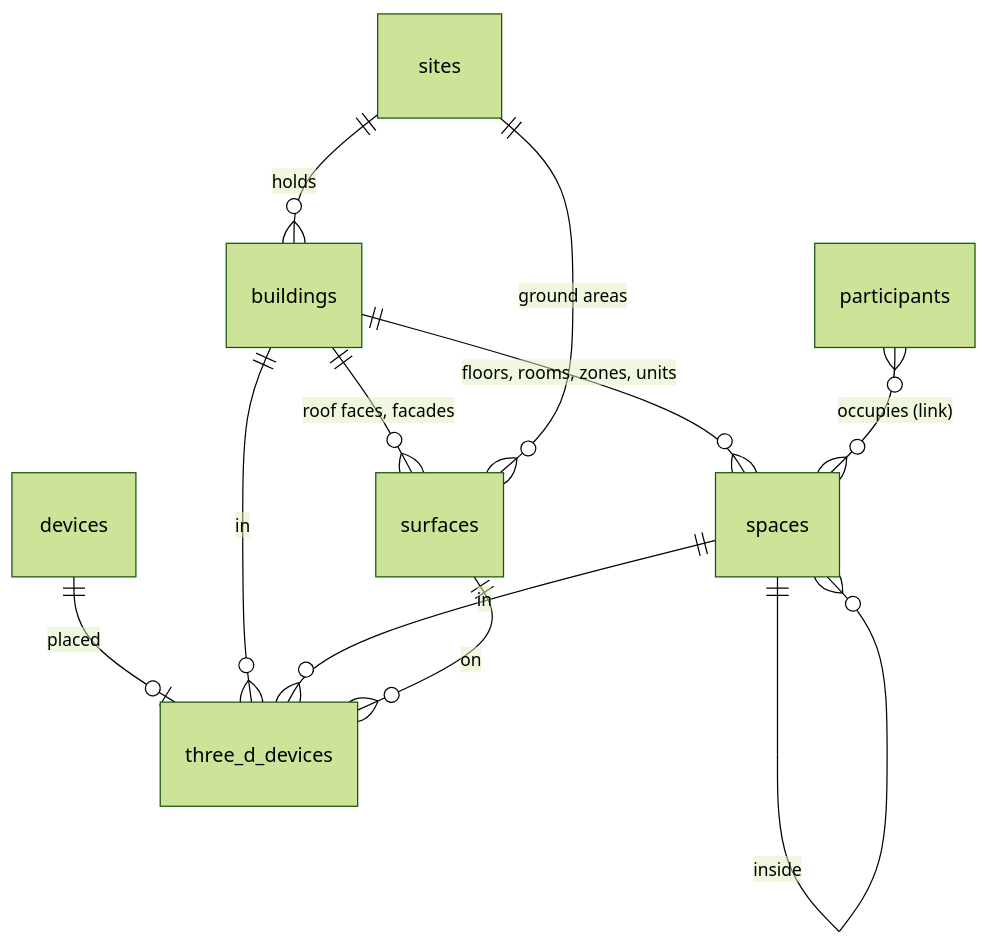
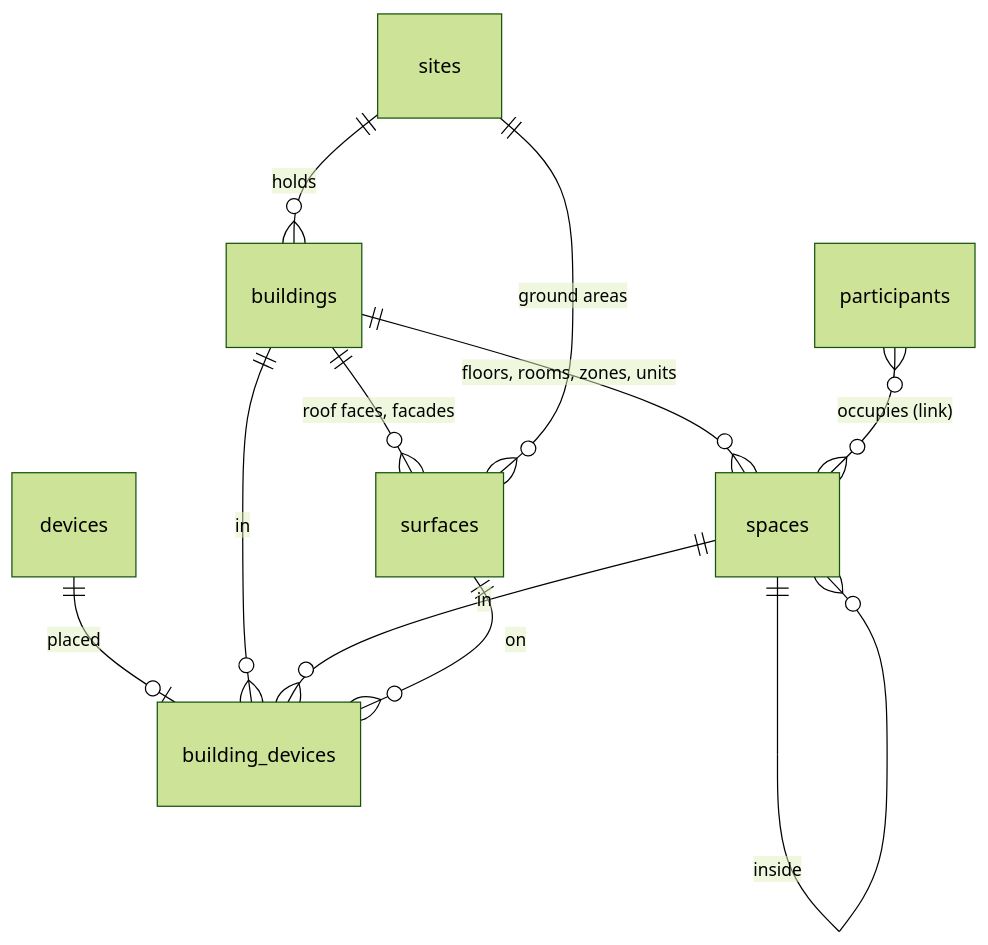
Before and after one commit to nexgen-os/nexgen-os: the second of 2 diagrams in docs/model.md, drawn with Mermaid (forest theme). The commit also changed other lines of this file and 59 other files, not shown here.

````diff
--- a/docs/model.md
+++ b/docs/model.md
@@ -56,13 +56,13 @@
 ```mermaid
 erDiagram
   sites ||--o{ buildings : holds
   buildings ||--o{ spaces : "floors, rooms, zones, units"
   spaces ||--o{ spaces : "inside"
   buildings ||--o{ surfaces : "roof faces, facades"
   sites ||--o{ surfaces : "ground areas"
-  devices ||--o| three_d_devices : "placed"
-  buildings ||--o{ three_d_devices : in
-  spaces ||--o{ three_d_devices : in
-  surfaces ||--o{ three_d_devices : on
+  devices ||--o| building_devices : "placed"
+  buildings ||--o{ building_devices : in
+  spaces ||--o{ building_devices : in
+  surfaces ||--o{ building_devices : on
   participants }o--o{ spaces : "occupies (link)"
 ```
````
